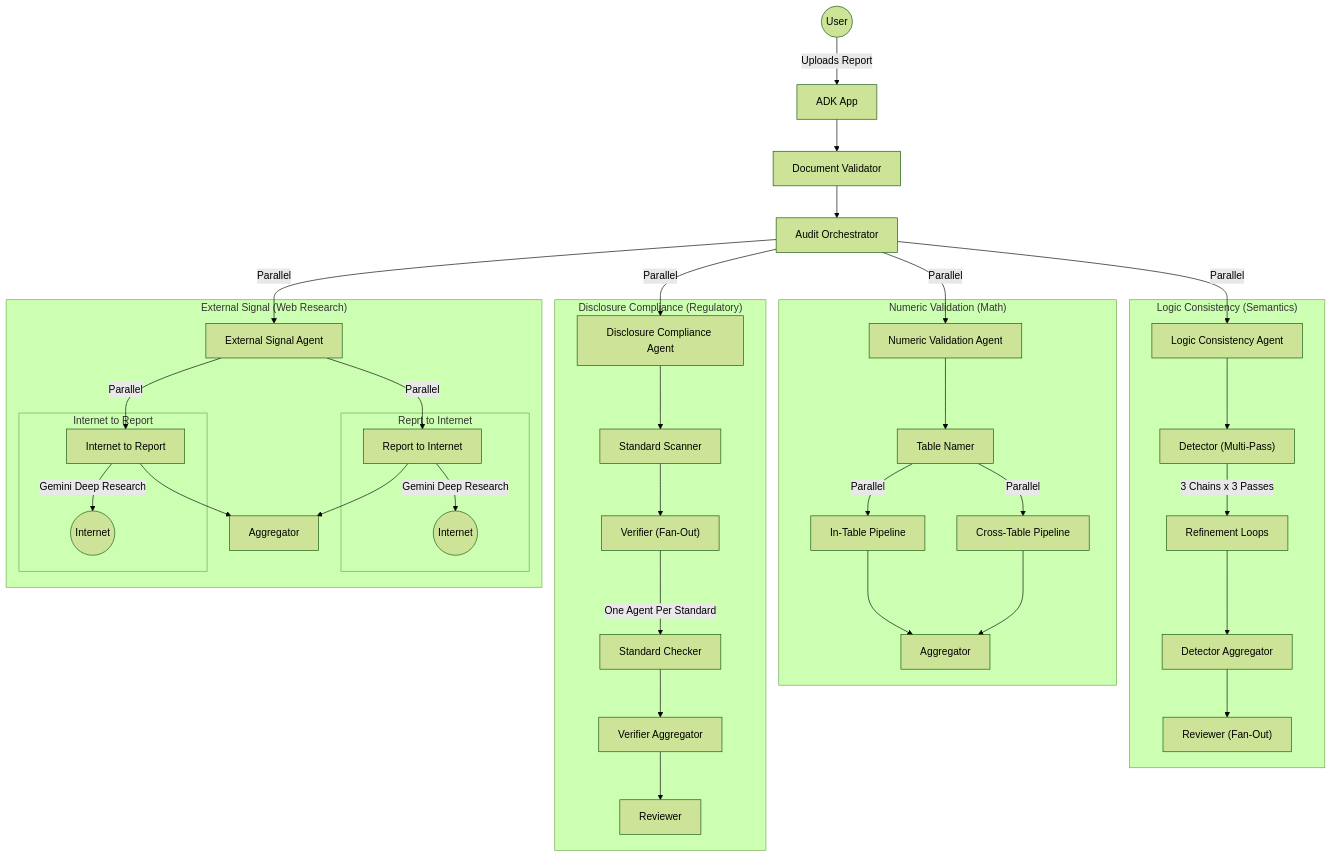
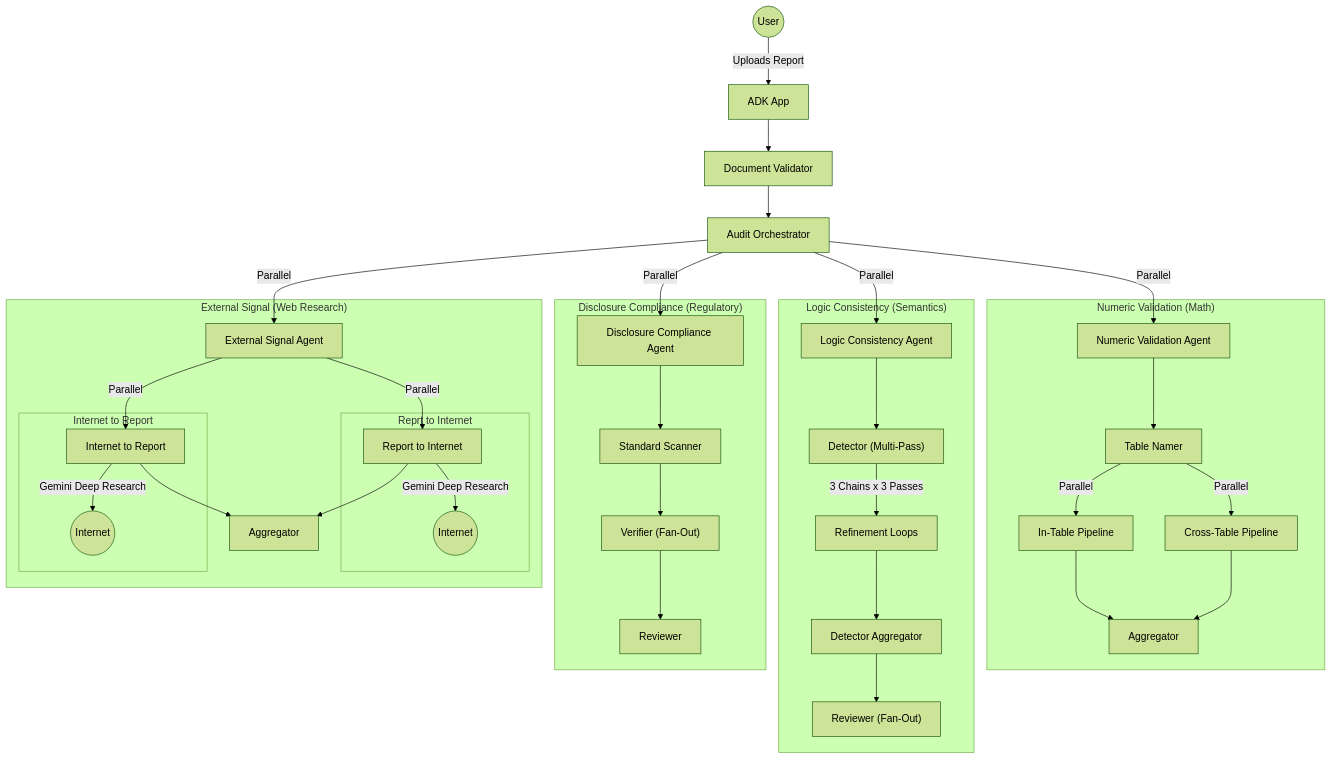
One commit to ogasimli/veritas-ai changed the first of 6 diagrams in backend/agents/README.md. Above: the diagram before and after it, drawn with Mermaid (forest theme). The commit also changed 1 other file, not shown here.

Commit message:
doc: update README files

````diff
--- a/backend/agents/README.md
+++ b/backend/agents/README.md
@@ -15,55 +15,53 @@
 ```mermaid
 graph TD
     User((User)) -->|Uploads Report| App[ADK App]
     App --> Validator[Document Validator]
     Validator --> Orchestrator[Audit Orchestrator]
 
     %% Main Parallel Execution
     Orchestrator -->|Parallel| NV[Numeric Validation Agent]
     Orchestrator -->|Parallel| LC[Logic Consistency Agent]
     Orchestrator -->|Parallel| DC[Disclosure Compliance Agent]
     Orchestrator -->|Parallel| ES[External Signal Agent]
 
     %% Numeric Validation Pipeline
     subgraph "Numeric Validation (Math)"
         NV --> NV_Namer[Table Namer]
         NV_Namer -->|Parallel| NV_InTable[In-Table Pipeline]
         NV_Namer -->|Parallel| NV_CrossTable[Cross-Table Pipeline]
         NV_InTable --> NV_Agg[Aggregator]
         NV_CrossTable --> NV_Agg
     end
 
     %% Logic Consistency Pipeline
     subgraph "Logic Consistency (Semantics)"
         LC --> LC_Detector["Detector (Multi-Pass)"]
         LC_Detector -->|3 Chains x 3 Passes| LC_Refine[Refinement Loops]
         LC_Refine --> LC_DetAgg[Detector Aggregator]
         LC_DetAgg --> LC_Reviewer["Reviewer (Fan-Out)"]
     end
 
     %% Disclosure Compliance Pipeline
     subgraph "Disclosure Compliance (Regulatory)"
         DC --> DC_Scanner[Standard Scanner]
         DC_Scanner --> DC_Verifier["Verifier (Fan-Out)"]
-        DC_Verifier -->|One Agent Per Standard| DC_Check[Standard Checker]
-        DC_Check --> DC_VerAgg[Verifier Aggregator]
-        DC_VerAgg --> DC_Reviewer[Reviewer]
+        DC_Verifier --> DC_Reviewer[Reviewer]
     end
 
     %% External Signal Pipeline
     subgraph "External Signal (Web Research)"
         ES --> |Parallel| RTI[Report to Internet]
         ES --> |Parallel| ITR[Internet to Report ]
         
         subgraph "Reprt to Internet"
             RTI --> |Gemini Deep Research| Web_RTI((Internet))
         end
 
         subgraph "Internet to Report"
             ITR --> |Gemini Deep Research| Web_ITR((Internet))
         end
 
         RTI --> ES_Agg[Aggregator]
         ITR --> ES_Agg[Aggregator]
     end
 ```
````
